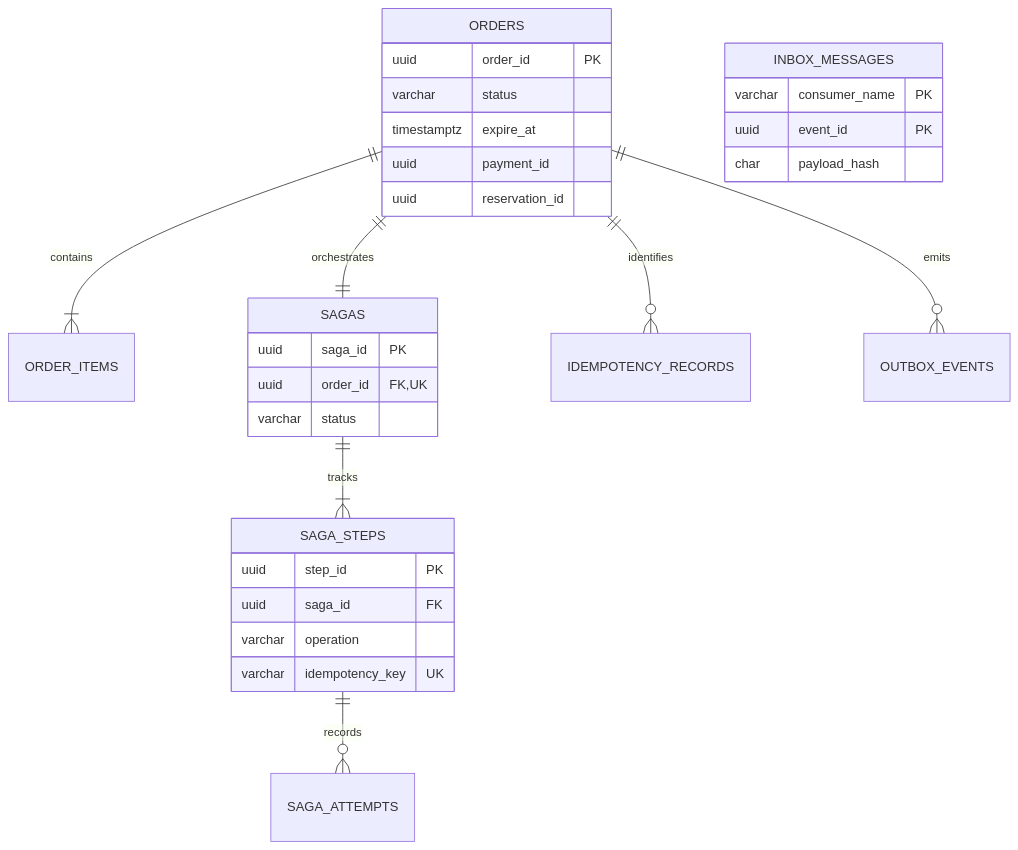
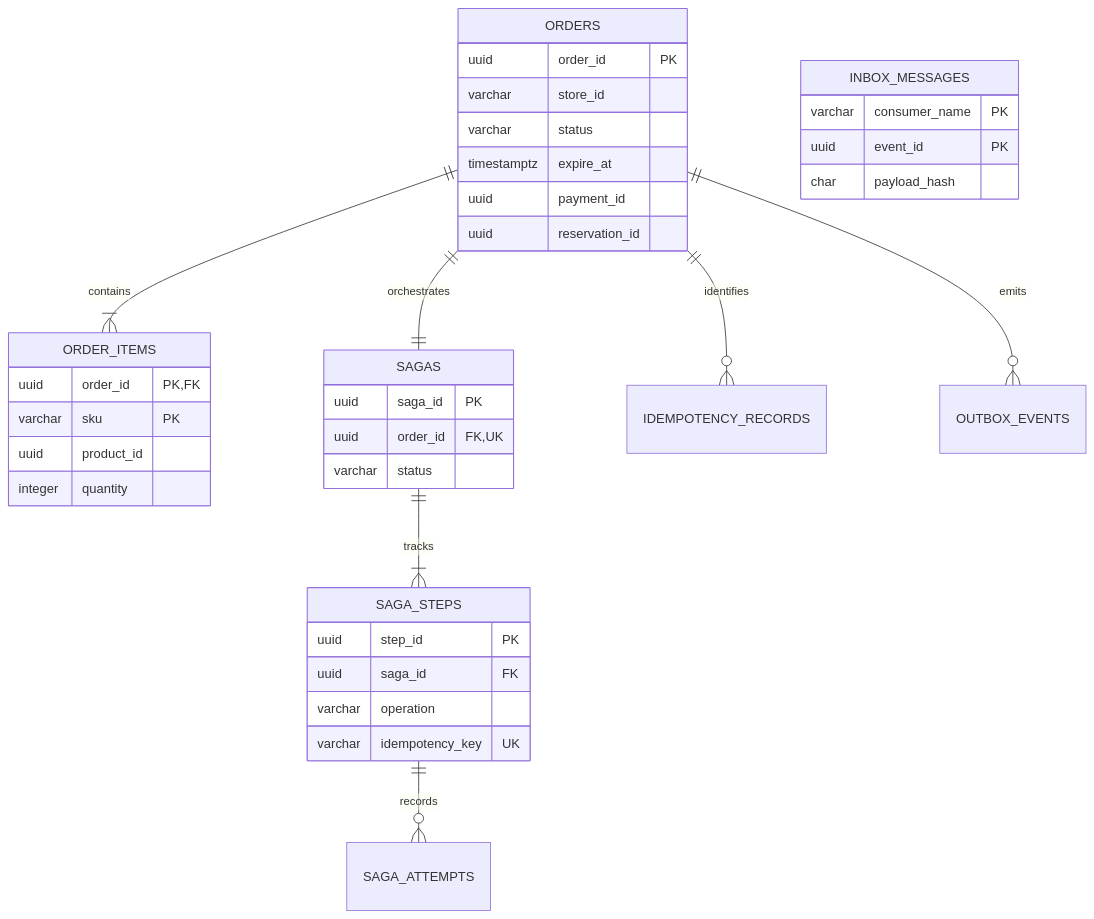
One commit to nguyenthihuyenlinh236/SE2026-T02-Resilient-Order-Workflow changed the first of 3 diagrams in docs/architecture/15-database-design.md. Above: the diagram before and after it, drawn with Mermaid. The commit also changed other lines of this file, not shown here.

Commit message:
docs(database): address retention and Order-Inventory mapping review

````diff
--- a/docs/architecture/15-database-design.md
+++ b/docs/architecture/15-database-design.md
@@ -38,32 +38,39 @@
 ```mermaid
 erDiagram
     ORDERS ||--|{ ORDER_ITEMS : contains
     ORDERS ||--|| SAGAS : orchestrates
     SAGAS ||--|{ SAGA_STEPS : tracks
     SAGA_STEPS ||--o{ SAGA_ATTEMPTS : records
     ORDERS ||--o{ IDEMPOTENCY_RECORDS : identifies
     ORDERS ||--o{ OUTBOX_EVENTS : emits
     ORDERS {
         uuid order_id PK
+        varchar store_id
         varchar status
         timestamptz expire_at
         uuid payment_id
         uuid reservation_id
+    }
+    ORDER_ITEMS {
+        uuid order_id PK,FK
+        varchar sku PK
+        uuid product_id
+        integer quantity
     }
     SAGAS {
         uuid saga_id PK
         uuid order_id FK,UK
         varchar status
     }
     SAGA_STEPS {
         uuid step_id PK
         uuid saga_id FK
         varchar operation
         varchar idempotency_key UK
     }
     INBOX_MESSAGES {
         varchar consumer_name PK
         uuid event_id PK
         char payload_hash
     }
 ```
````
